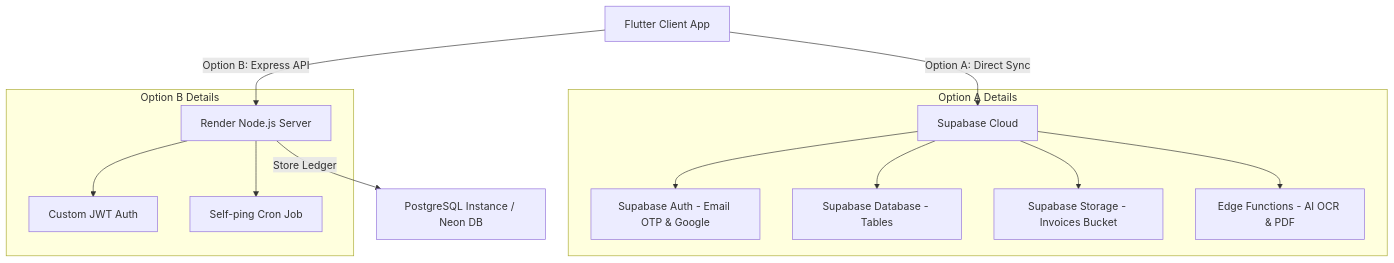
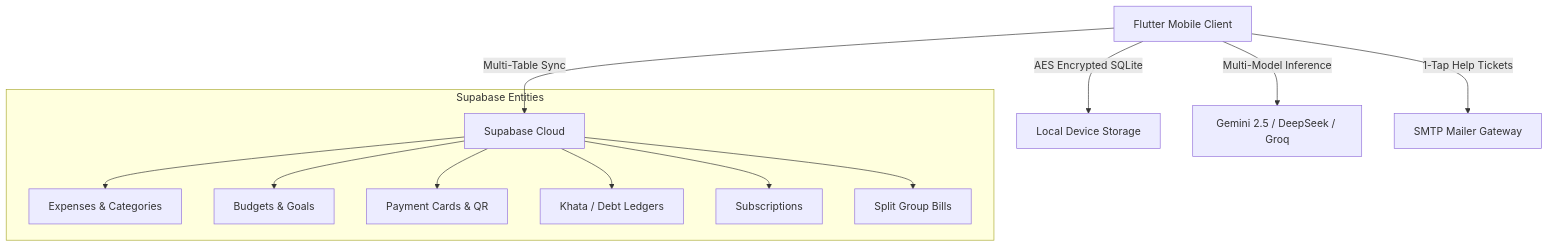
The diagram in README.md (Rupam852/Expense-App), drawn with Mermaid before and after one commit. The commit also changed other lines of this file, not shown here.

Commit message:
docs: update README.md with complete v2.5 features, architecture, and split APK guide

````diff
--- a/README.md
+++ b/README.md
@@ -74,18 +87,16 @@
 ```mermaid
 graph TD
-    A[Flutter Client App] -->|Option A: Direct Sync| B[Supabase Cloud]
-    A -->|Option B: Express API| C[Render Node.js Server]
-    C -->|Store Ledger| D[PostgreSQL Instance / Neon DB]
+    A[Flutter Mobile Client] -->|AES Encrypted SQLite| B[Local Device Storage]
+    A -->|Multi-Table Sync| C[Supabase Cloud]
+    A -->|Multi-Model Inference| D[Gemini 2.5 / DeepSeek / Groq]
+    A -->|1-Tap Help Tickets| E[SMTP Mailer Gateway]
     
-    subgraph Option A Details
-        B --> B1[Supabase Auth - Email OTP & Google]
-        B --> B2[Supabase Database - Tables]
-        B --> B3[Supabase Storage - Invoices Bucket]
-        B --> B4[Edge Functions - AI OCR & PDF]
-    end
-    
-    subgraph Option B Details
-        C --> C1[Custom JWT Auth]
-        C --> C2[Self-ping Cron Job]
+    subgraph Supabase Entities
+        C --> C1[Expenses & Categories]
+        C --> C2[Budgets & Goals]
+        C --> C3[Payment Cards & QR]
+        C --> C4[Khata / Debt Ledgers]
+        C --> C5[Subscriptions]
+        C --> C6[Split Group Bills]
     end
 ```
````
